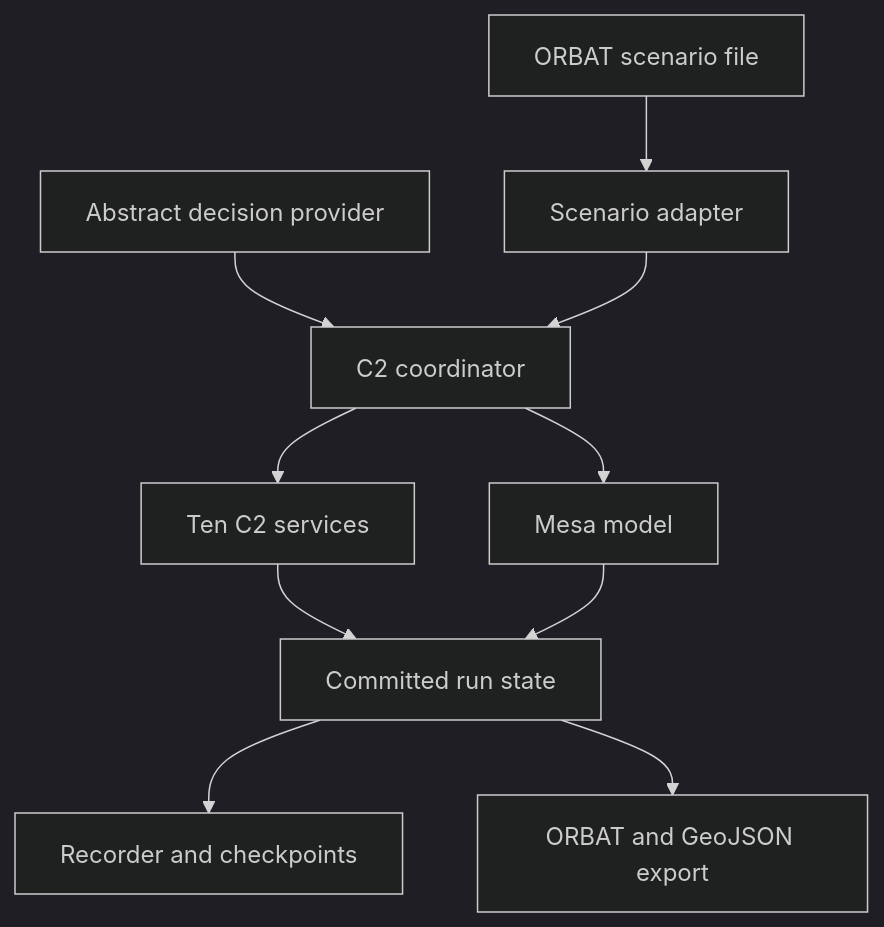
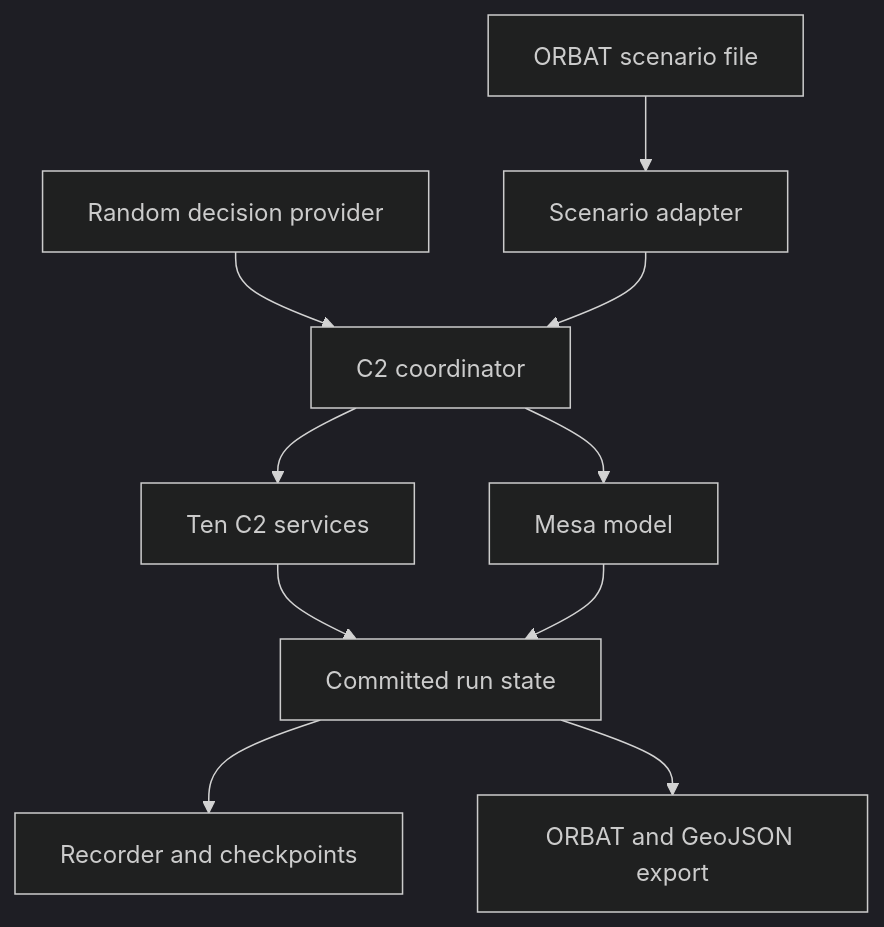
Before and after one commit to anthony-g-drdc-rddc/mesa-orbat-statemachine-c2sim: the diagram in c2-state-machine-implementation-plan.md, drawn with Mermaid (dark theme). The commit also changed other lines of this file, not shown here.

Commit message:
docs: define random polymorphic state chooser

````diff
--- a/c2-state-machine-implementation-plan.md
+++ b/c2-state-machine-implementation-plan.md
@@ -43,12 +44,12 @@
 ```mermaid
 flowchart TD
     OI["ORBAT scenario file"] --> A["Scenario adapter"]
-    D["Abstract decision provider"] --> C["C2 coordinator"]
+    D["Random decision provider"] --> C["C2 coordinator"]
     A --> C
     C --> S["Ten C2 services"]
     C --> M["Mesa model"]
     S --> R["Committed run state"]
     M --> R
     R --> P["Recorder and checkpoints"]
     R --> E["ORBAT and GeoJSON export"]
 ```
````
